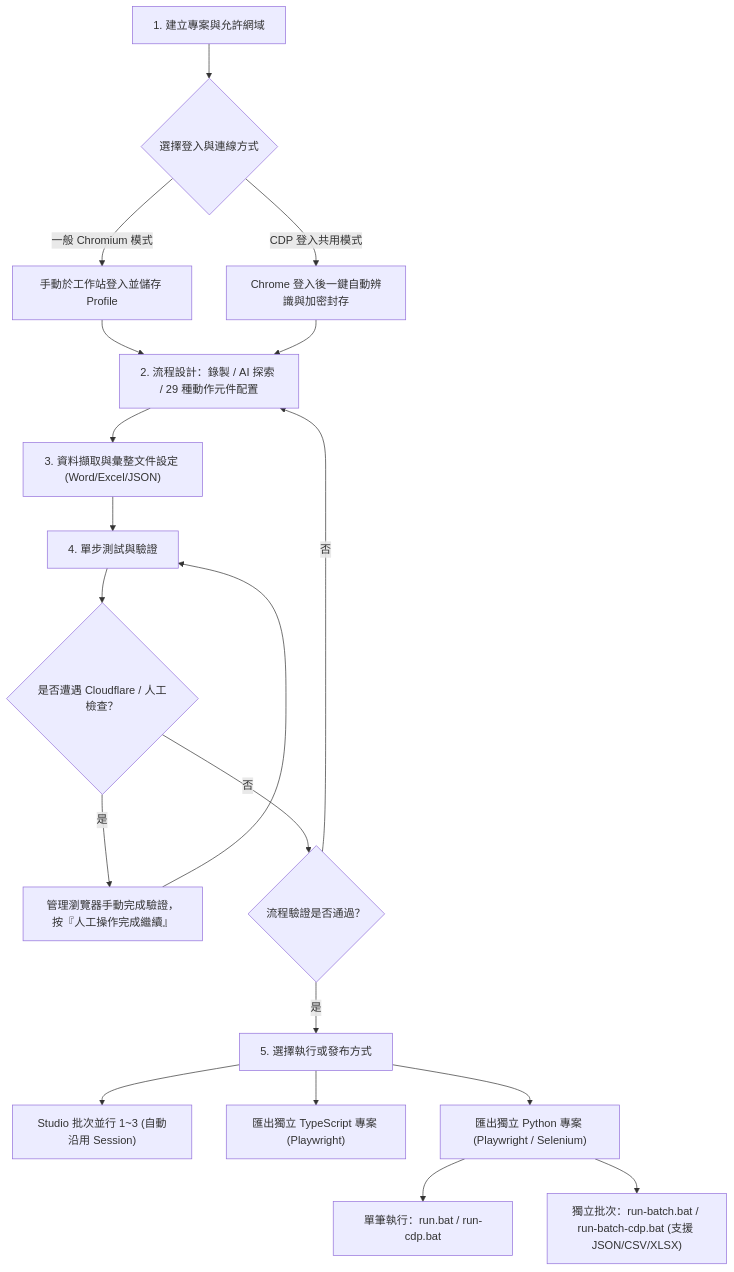
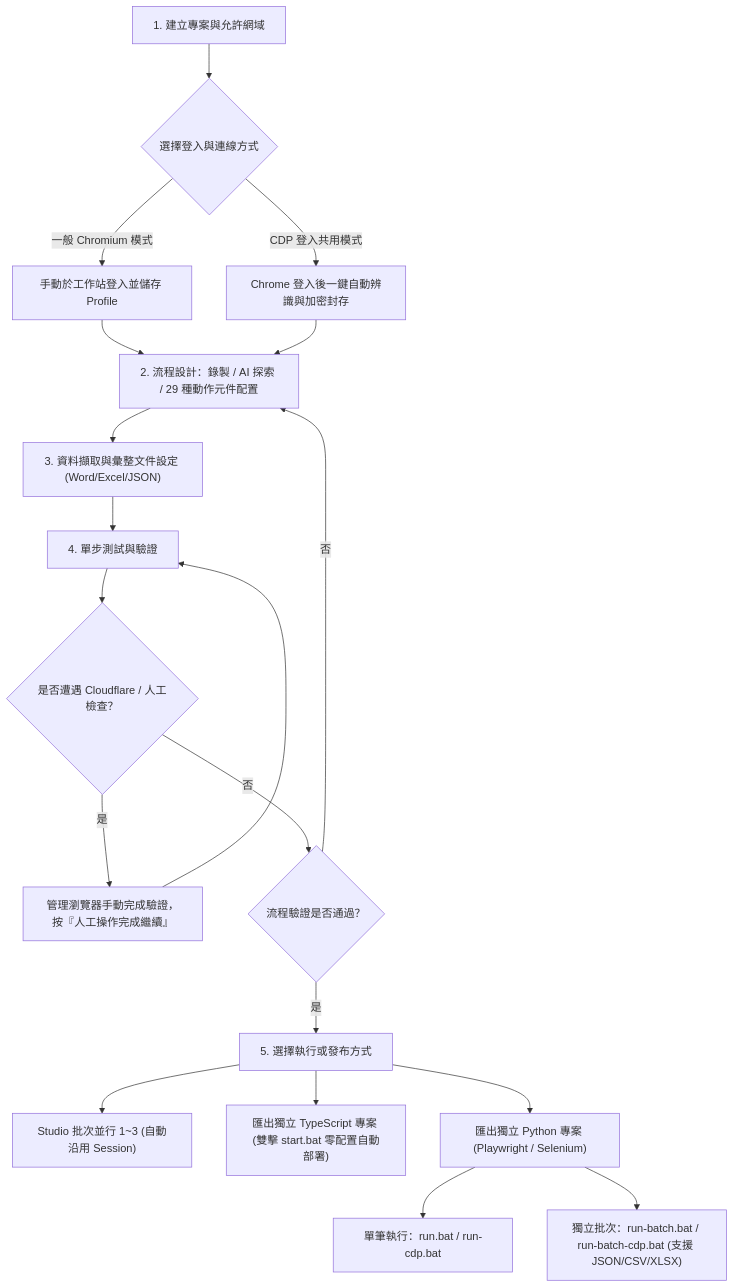
Before and after one commit to chiang-hz/automation-studio-generic-portable: the diagram in README.md, drawn with Mermaid. The commit also changed other lines of this file and 28 other files, not shown here.

````diff
--- a/README.md
+++ b/README.md
@@ -312,21 +346,21 @@
 ```mermaid
 graph TD
     A["1. 建立專案與允許網域"] --> B{"選擇登入與連線方式"}
     B -- "一般 Chromium 模式" --> C["手動於工作站登入並儲存 Profile"]
     B -- "CDP 登入共用模式" --> D["Chrome 登入後一鍵自動辨識與加密封存"]
     C --> E["2. 流程設計：錄製 / AI 探索 / 29 種動作元件配置"]
     D --> E
     E --> F["3. 資料擷取與彙整文件設定 (Word/Excel/JSON)"]
     F --> G["4. 單步測試與驗證"]
     G --> H{"是否遭遇 Cloudflare / 人工檢查？"}
     H -- 是 --> I["管理瀏覽器手動完成驗證，按『人工操作完成繼續』"]
     I --> G
     H -- 否 --> J{"流程驗證是否通過？"}
     J -- 否 --> E
     J -- 是 --> K["5. 選擇執行或發布方式"]
     K --> L[" Studio 批次並行 1~3 (自動沿用 Session)"]
-    K --> M[" 匯出獨立 TypeScript 專案 (Playwright)"]
+    K --> M[" 匯出獨立 TypeScript 專案 (雙擊 start.bat 零配置自動部署)"]
     K --> N[" 匯出獨立 Python 專案 (Playwright / Selenium)"]
     N --> O["單筆執行：run.bat / run-cdp.bat"]
     N --> P["獨立批次：run-batch.bat / run-batch-cdp.bat (支援 JSON/CSV/XLSX)"]
 ```
````
